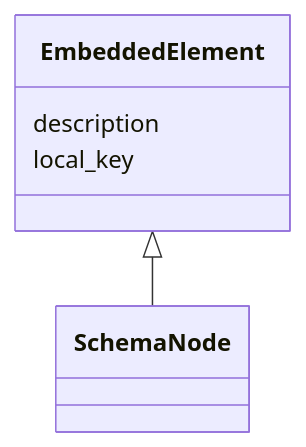
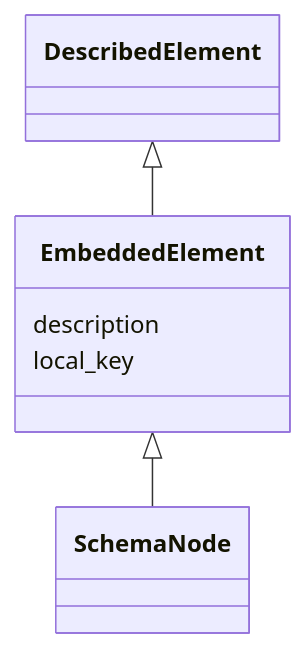
One commit to oista/moex-data-model changed the diagram in generated/artifacts/moex-dams/0.1/diagrams/EmbeddedElement.md. Above: the diagram before and after it, drawn with Mermaid. The commit also changed 84 other files, not shown here.

````diff
--- a/generated/artifacts/moex-dams/0.1/diagrams/EmbeddedElement.md
+++ b/generated/artifacts/moex-dams/0.1/diagrams/EmbeddedElement.md
@@ -4,13 +4,18 @@
 ```mermaid
  classDiagram
     class EmbeddedElement
     click EmbeddedElement href "../EmbeddedElement"
+      DescribedElement <|-- EmbeddedElement
+        click DescribedElement href "../DescribedElement"
+      
+
       EmbeddedElement <|-- SchemaNode
         click SchemaNode href "../SchemaNode"
       
+
       EmbeddedElement : description
         
       EmbeddedElement : local_key
         
       
 ```
````
